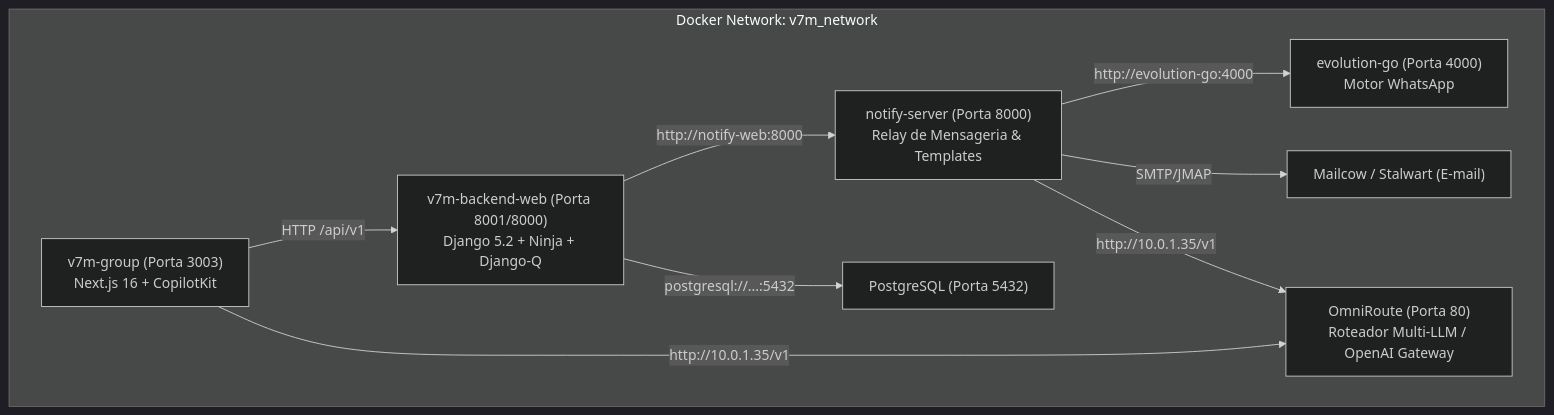
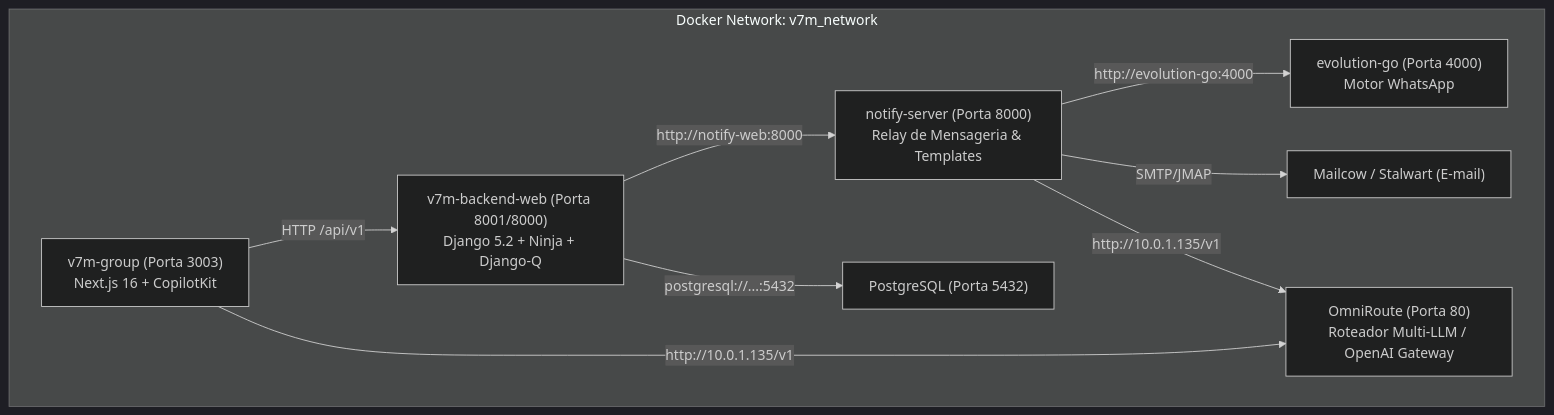
The diagram in apps/group/docs/SETUP_AND_INTEGRATION_GUIDE.md (maestri33/platform-v7m), drawn with Mermaid (dark theme) before and after one commit. The commit also changed other lines of this file and 34 other files, not shown here.

First line of the commit message:
feat(infra): migrate OmniRoute AI Gateway endpoint to CT 1135 (10.0.1.135)

````diff
--- a/apps/group/docs/SETUP_AND_INTEGRATION_GUIDE.md
+++ b/apps/group/docs/SETUP_AND_INTEGRATION_GUIDE.md
@@ -11,12 +11,12 @@
 ```mermaid
 graph TD
     subgraph "Docker Network: v7m_network"
         ADMIN["v7m-group (Porta 3003)<br>Next.js 16 + CopilotKit"] -->|HTTP /api/v1| BACKEND["v7m-backend-web (Porta 8001/8000)<br>Django 5.2 + Ninja + Django-Q"]
         BACKEND -->|http://notify-web:8000| NOTIFY["notify-server (Porta 8000)<br>Relay de Mensageria & Templates"]
         NOTIFY -->|http://evolution-go:4000| EVOGO["evolution-go (Porta 4000)<br>Motor WhatsApp"]
         NOTIFY -->|SMTP/JMAP| MAIL["Mailcow / Stalwart (E-mail)"]
-        NOTIFY -->|http://10.0.1.35/v1| OMNI["OmniRoute (Porta 80)<br>Roteador Multi-LLM / OpenAI Gateway"]
-        ADMIN -->|http://10.0.1.35/v1| OMNI
+        NOTIFY -->|http://10.0.1.135/v1| OMNI["OmniRoute (Porta 80)<br>Roteador Multi-LLM / OpenAI Gateway"]
+        ADMIN -->|http://10.0.1.135/v1| OMNI
         BACKEND -->|postgresql://...:5432| POSTGRES["PostgreSQL (Porta 5432)"]
     end
 ```
````
